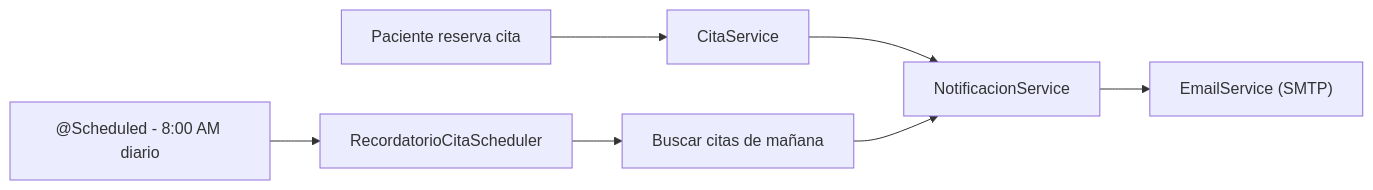
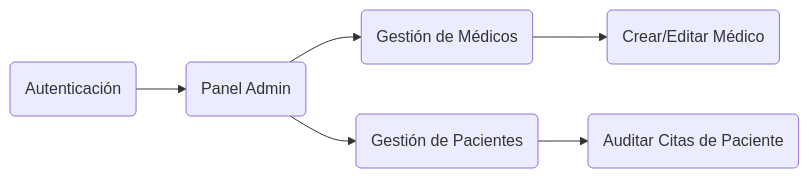
The fifth of 5 diagrams in README.md (Alessandro-BS/Proyecto-Integrador), drawn with Mermaid before and after one commit. The commit also changed other lines of this file and 1 other file, not shown here.

````diff
--- a/README.md
+++ b/README.md
@@ -510,10 +178,8 @@
 ```mermaid
 flowchart LR
-    A["Paciente reserva cita"] --> B["CitaService"]
-    B --> C["NotificacionService"]
-    C --> D["EmailService (SMTP)"]
-
-    E["@Scheduled - 8:00 AM diario"] --> F["RecordatorioCitaScheduler"]
-    F --> G["Buscar citas de mañana"]
-    G --> C
+    A("Autenticación") --> B("Panel Admin")
+    B --> C("Gestión de Médicos")
+    B --> D("Gestión de Pacientes")
+    C --> C1("Crear/Editar Médico")
+    D --> D1("Auditar Citas de Paciente")
 ```
````
